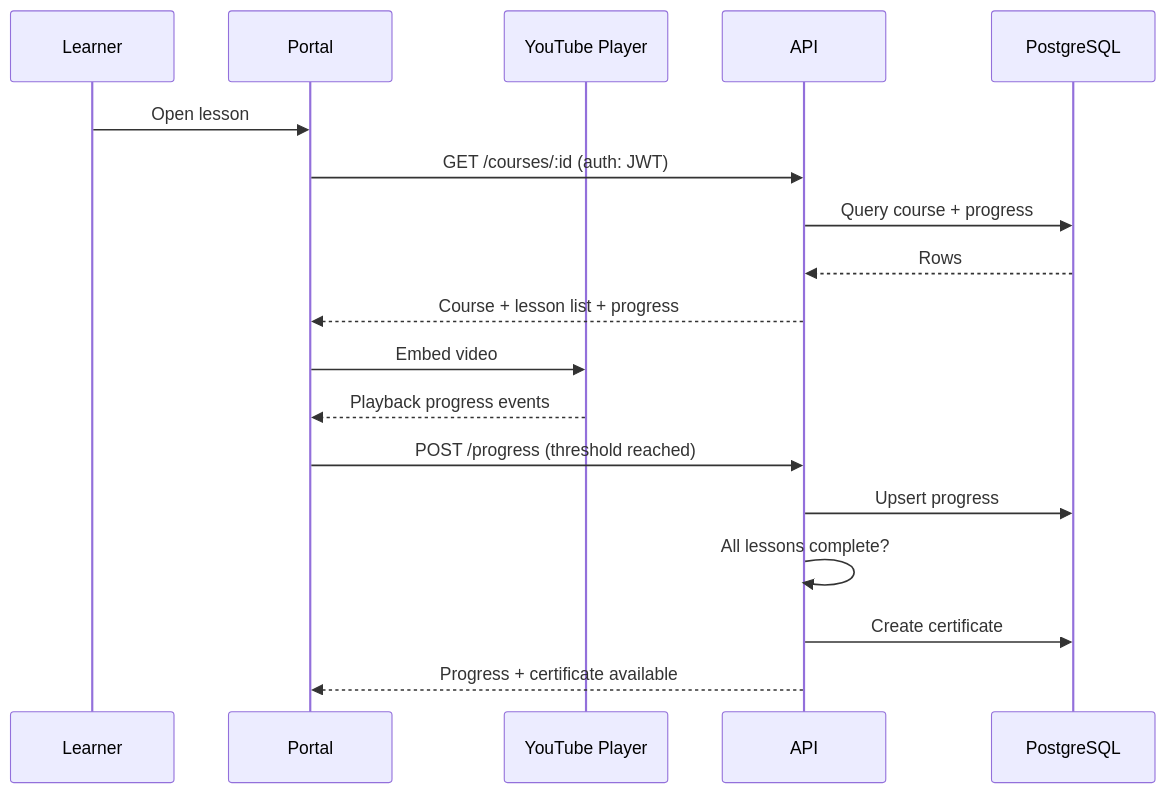
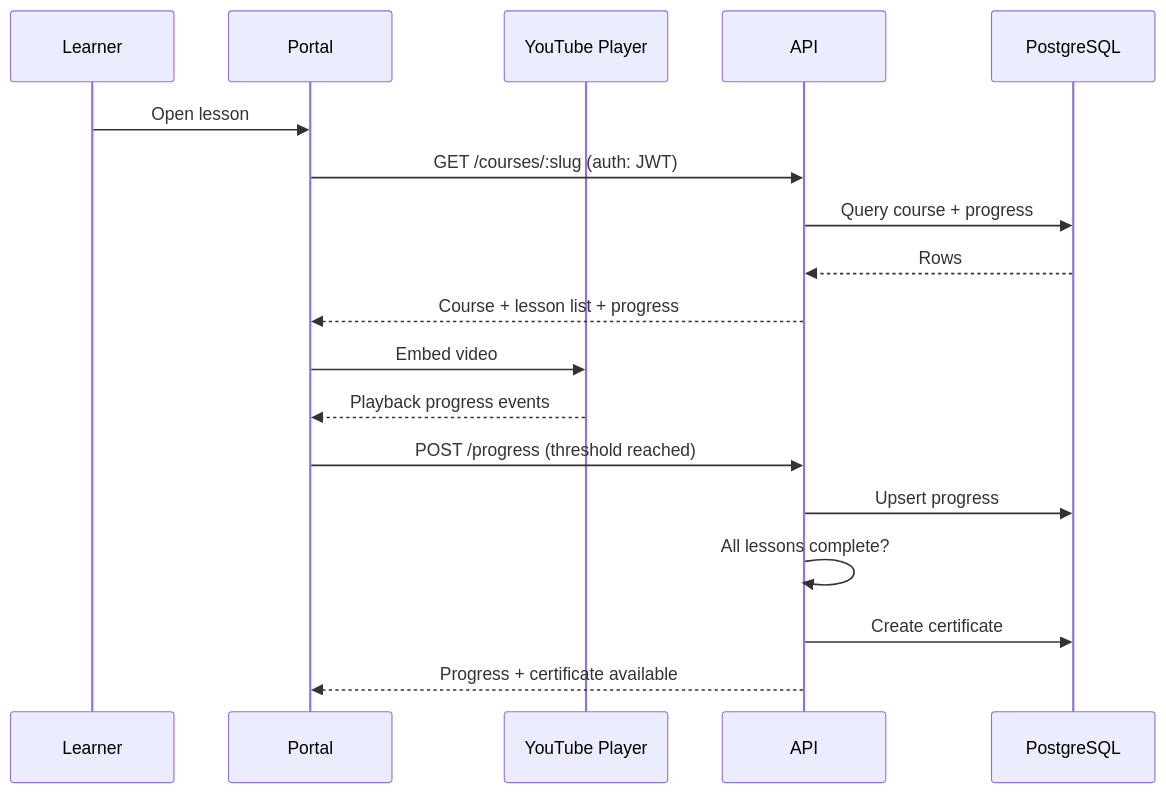
The third of 4 diagrams in docs/ARCHITECTURE.md (jaisonschmidt/dudecourse), drawn with Mermaid before and after one commit. The commit also changed other lines of this file and 7 other files, not shown here.

Commit message:
feat(docs): update onboarding and architecture documentation to reflect current project status and existing components

````diff
--- a/docs/ARCHITECTURE.md
+++ b/docs/ARCHITECTURE.md
@@ -105,21 +152,21 @@
 ```mermaid
 sequenceDiagram
     participant L as Learner
     participant P as Portal
     participant Y as YouTube Player
     participant A as API
     participant D as PostgreSQL
 
     L->>P: Open lesson
-    P->>A: GET /courses/:id (auth: JWT)
+    P->>A: GET /courses/:slug (auth: JWT)
     A->>D: Query course + progress
     D-->>A: Rows
     A-->>P: Course + lesson list + progress
     P->>Y: Embed video
     Y-->>P: Playback progress events
     P->>A: POST /progress (threshold reached)
     A->>D: Upsert progress
     A->>A: All lessons complete?
     A->>D: Create certificate
     A-->>P: Progress + certificate available
 ```
````
